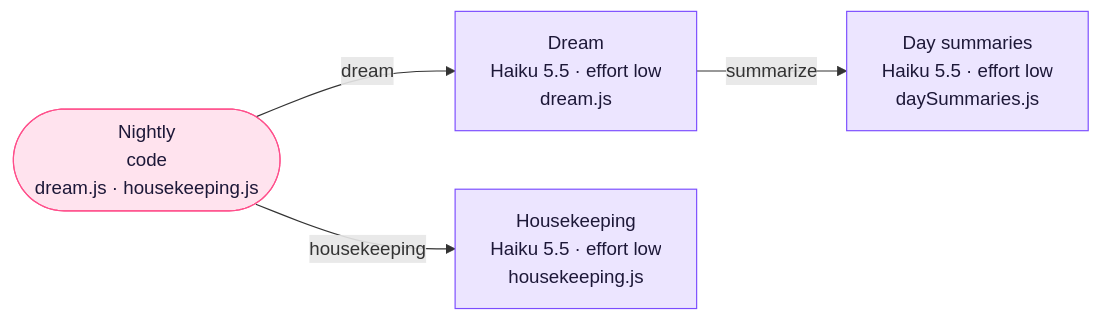
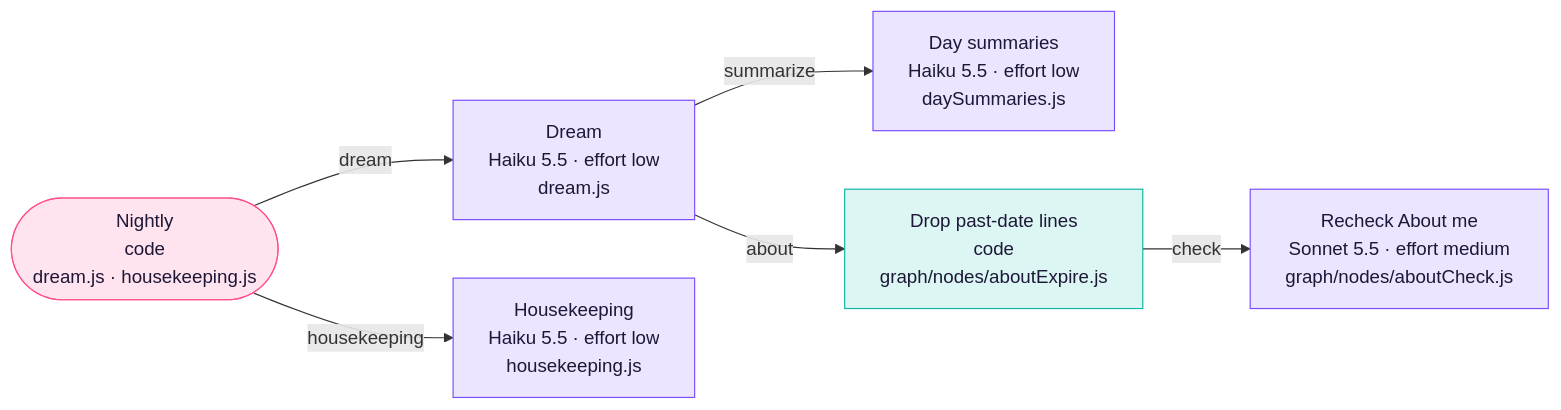
Before and after one commit to Supa-Media/context: the second of 4 diagrams in docs/architecture/tex.md, drawn with Mermaid. The commit also changed other lines of this file and 4 other files, not shown here.

First line of the commit message:
Promote the Lab version "About me: budget + recheck" to Tex's config

````diff
--- a/docs/architecture/tex.md
+++ b/docs/architecture/tex.md
@@ -164,15 +164,19 @@
 ```mermaid
 flowchart LR
   n_nightly(["Nightly<br/>code<br/>dream.js · housekeeping.js"]):::start
   n_dream["Dream<br/>Haiku 5.5 · effort low<br/>dream.js"]:::model
   n_daysum["Day summaries<br/>Haiku 5.5 · effort low<br/>daySummaries.js"]:::model
   n_housekeep["Housekeeping<br/>Haiku 5.5 · effort low<br/>housekeeping.js"]:::model
+  n_aboutCheck["Recheck About me<br/>Sonnet 5.5 · effort medium<br/>graph/nodes/aboutCheck.js"]:::model
+  n_aboutExpire["Drop past-date lines<br/>code<br/>graph/nodes/aboutExpire.js"]:::code
   n_nightly -->|dream| n_dream
   n_dream -->|summarize| n_daysum
   n_nightly -->|housekeeping| n_housekeep
+  n_dream -->|about| n_aboutExpire
+  n_aboutExpire -->|check| n_aboutCheck
   classDef start fill:#ffe3ee,stroke:#ff4f8b,color:#1d1838
   classDef code fill:#dcf7f3,stroke:#11b5a4,color:#1d1838
   classDef model fill:#ece5ff,stroke:#7b4dff,color:#1d1838
   classDef tool fill:#fff0e2,stroke:#ff8a2a,color:#1d1838
   classDef off fill:#eeeeee,stroke:#999999,color:#555555,stroke-dasharray:4 3
 ```
````
